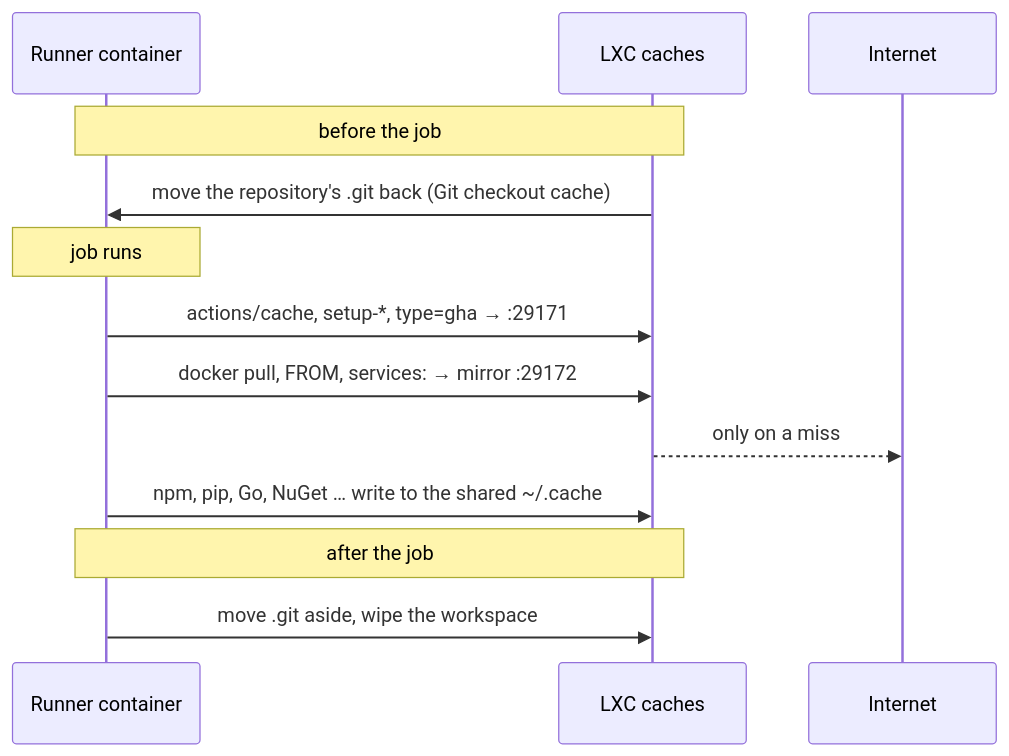
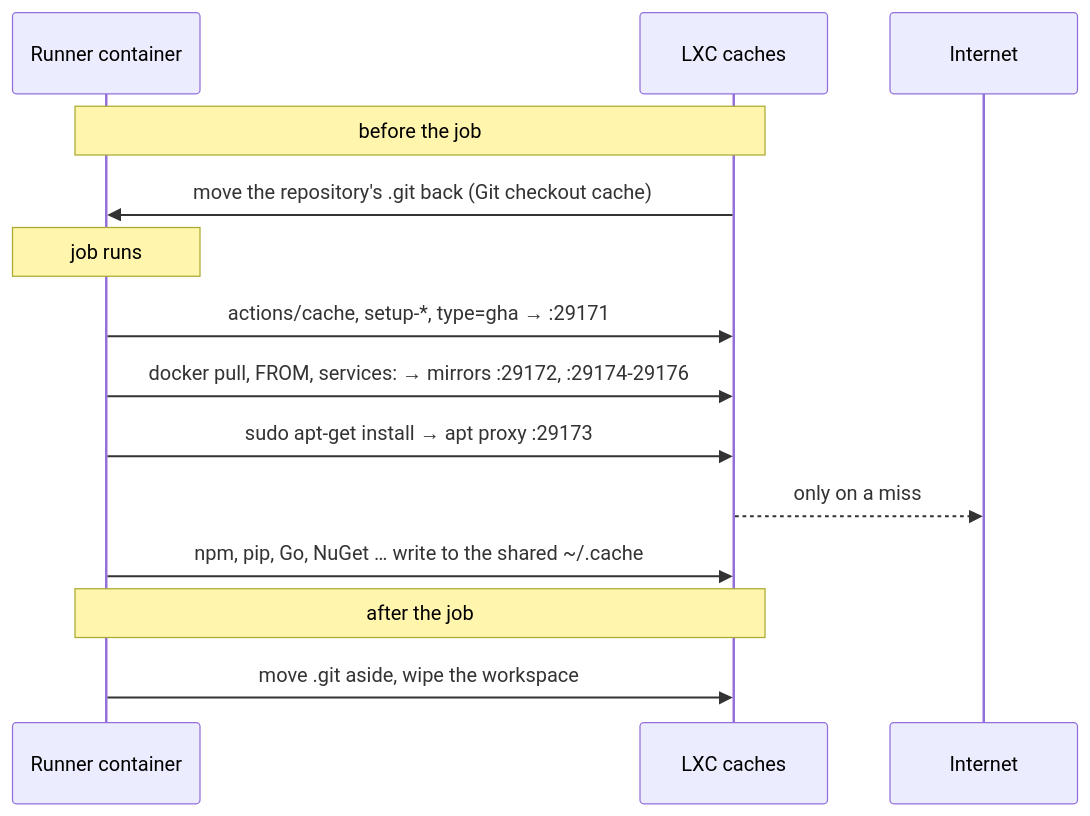
One commit to Quavon-dev/Quavon-Runners changed the diagram in docs/caching.md. Above: the diagram before and after it, drawn with Mermaid. The commit also changed other lines of this file and 14 other files, not shown here.

Commit message:
feat: apt proxy and ghcr.io, quay.io, MCR mirrors; buildx builders use the mirrors

````diff
--- a/docs/caching.md
+++ b/docs/caching.md
@@ -12,15 +15,16 @@
 ```mermaid
 sequenceDiagram
     participant R as Runner container
     participant L as LXC caches
     participant N as Internet
     Note over R,L: before the job
     L->>R: move the repository's .git back (Git checkout cache)
     Note over R: job runs
     R->>L: actions/cache, setup-*, type=gha → :29171
-    R->>L: docker pull, FROM, services: → mirror :29172
+    R->>L: docker pull, FROM, services: → mirrors :29172, :29174-29176
+    R->>L: sudo apt-get install → apt proxy :29173
     L-->>N: only on a miss
     R->>L: npm, pip, Go, NuGet … write to the shared ~/.cache
     Note over R,L: after the job
     R->>L: move .git aside, wipe the workspace
 ```
````
